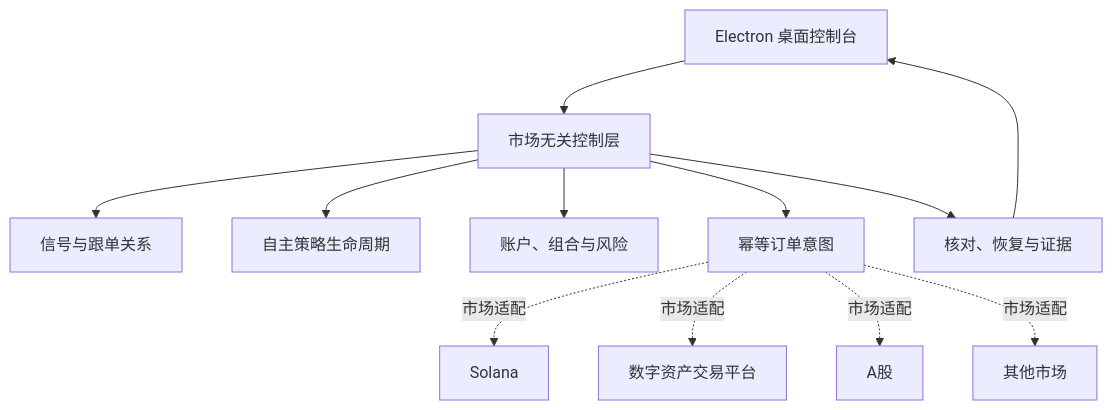
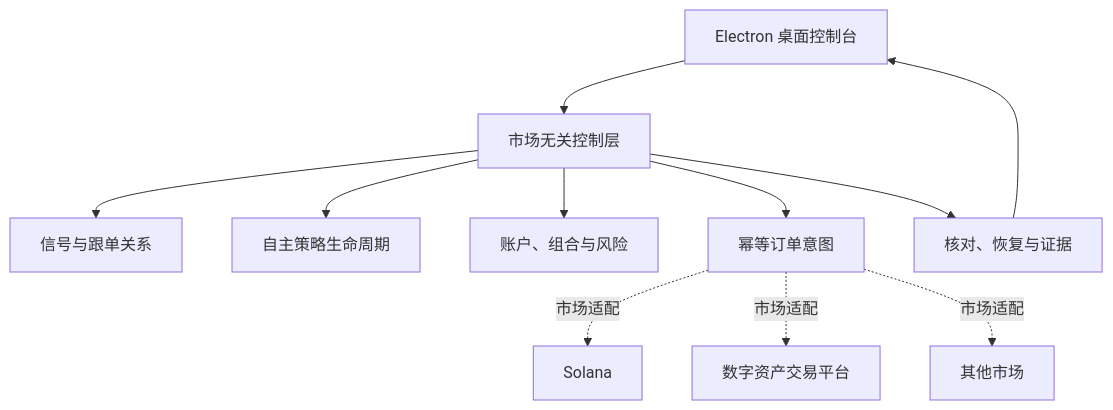
The diagram in docs/architecture.mmd (Tailovo/tail-trading-workspace), drawn with Mermaid before and after one commit.

Commit message:
docs: remove retired market reference

```diff
--- a/docs/architecture.mmd
+++ b/docs/architecture.mmd
@@ -1,12 +1,11 @@
 flowchart TB
     UI[Electron 桌面控制台] --> CP[市场无关控制层]
     CP --> SIGNAL[信号与跟单关系]
     CP --> STRATEGY[自主策略生命周期]
     CP --> RISK[账户、组合与风险]
     CP --> INTENT[幂等订单意图]
     CP --> STATE[核对、恢复与证据]
     INTENT -. 市场适配 .-> SOL[Solana]
     INTENT -. 市场适配 .-> CEX[数字资产交易平台]
-    INTENT -. 市场适配 .-> CN[A股]
     INTENT -. 市场适配 .-> OTHER[其他市场]
     STATE --> UI
```
